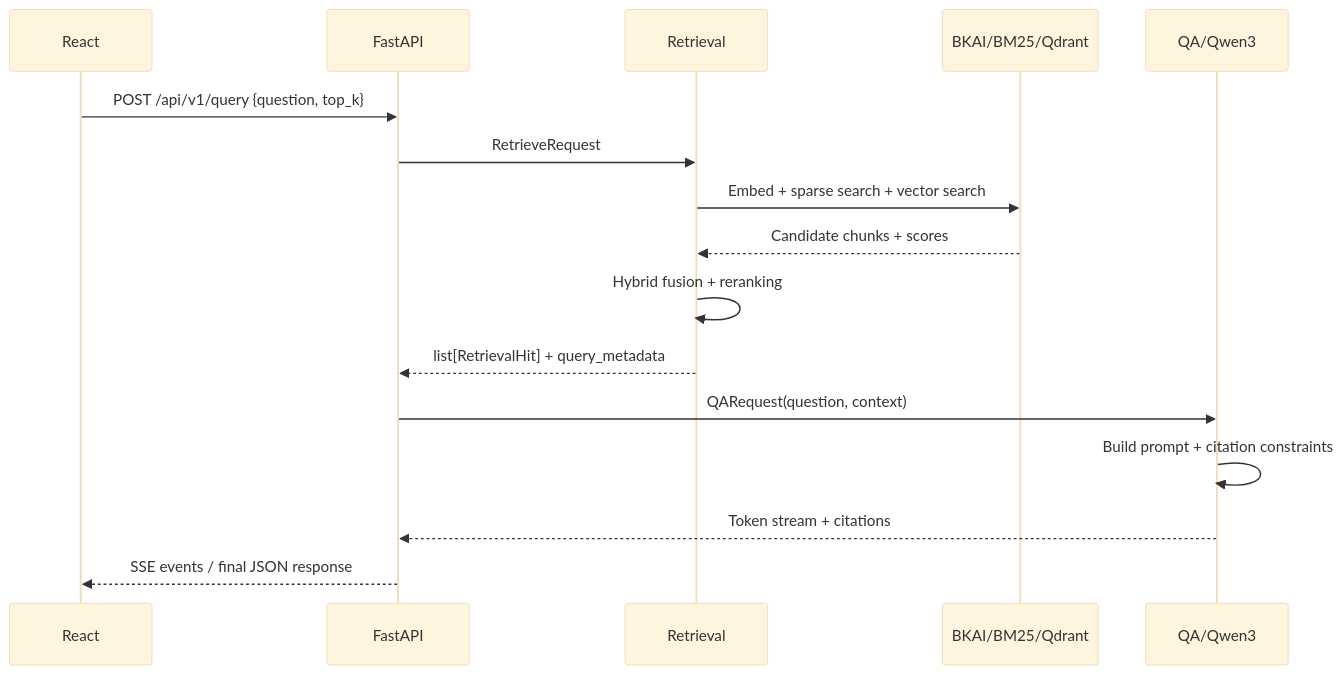
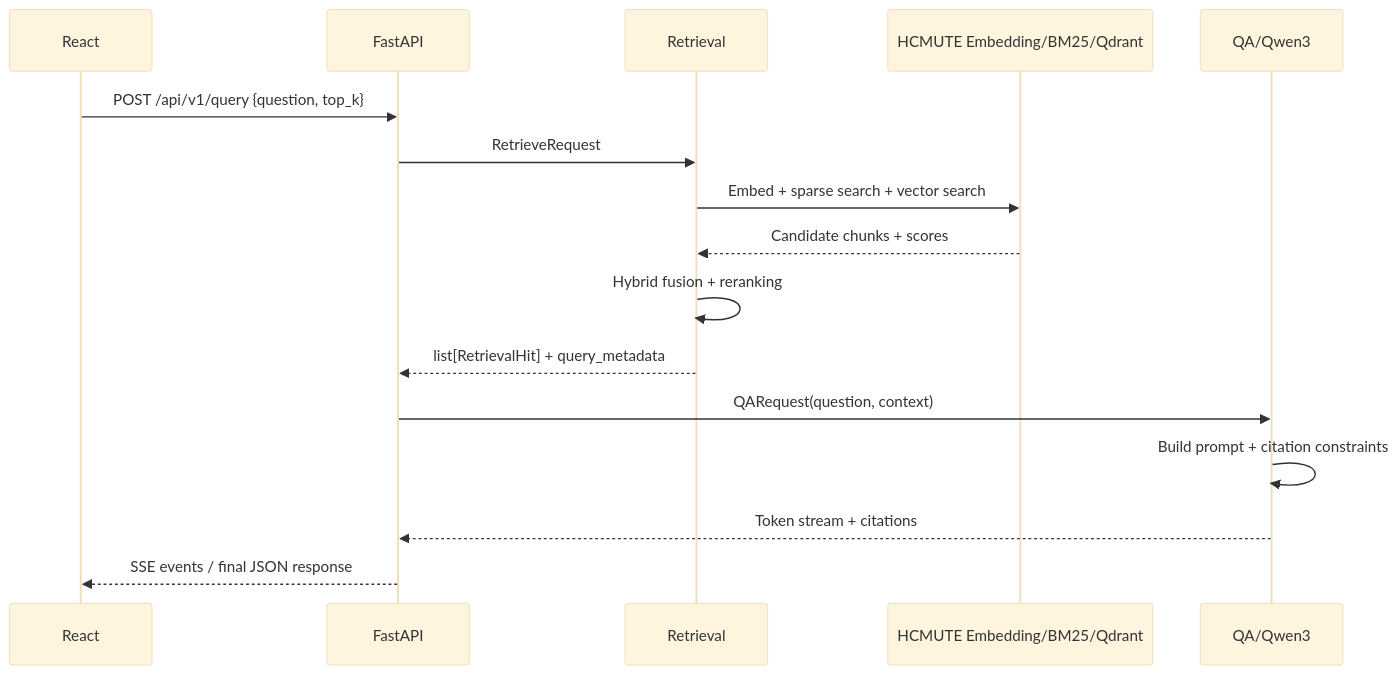
Before and after one commit to solvarhuynh/UIT-Data-Science-Challenge-2026: the second of 2 diagrams in docs/project/10_system_design.md, drawn with Mermaid (base theme). The commit also changed other lines of this file and 25 other files, not shown here.

````diff
--- a/docs/project/10_system_design.md
+++ b/docs/project/10_system_design.md
@@ -45,18 +45,18 @@
 ```mermaid
 sequenceDiagram
     participant F as React
     participant A as FastAPI
     participant R as Retrieval
-    participant B as BKAI/BM25/Qdrant
+    participant B as HCMUTE Embedding/BM25/Qdrant
     participant Q as QA/Qwen3
     F->>A: POST /api/v1/query {question, top_k}
     A->>R: RetrieveRequest
     R->>B: Embed + sparse search + vector search
     B-->>R: Candidate chunks + scores
     R->>R: Hybrid fusion + reranking
     R-->>A: list[RetrievalHit] + query_metadata
     A->>Q: QARequest(question, context)
     Q->>Q: Build prompt + citation constraints
     Q-->>A: Token stream + citations
     A-->>F: SSE events / final JSON response
 ```
````
